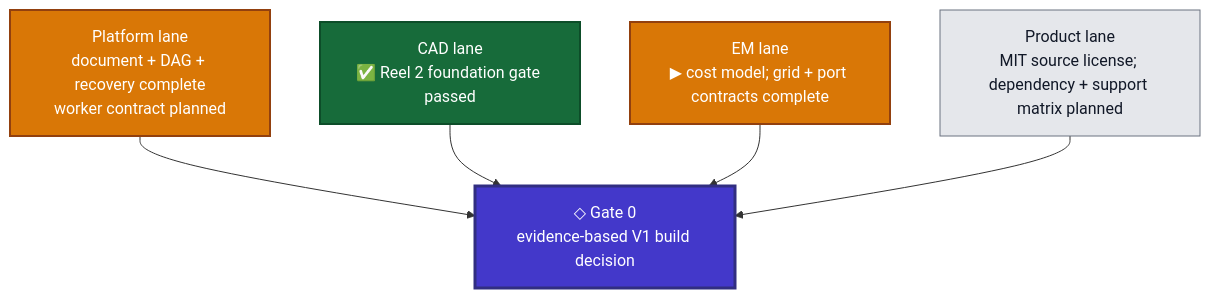
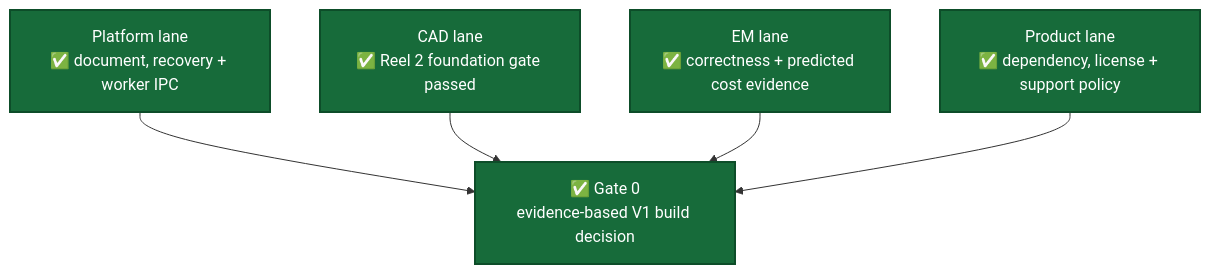
One commit to TJ-Engineer/EMS-Studio changed the fifth of 5 diagrams in docs/DEVELOPMENT_STORYBOARD.md. Above: the diagram before and after it, drawn with Mermaid. The commit also changed other lines of this file and 44 other files, not shown here.

Commit message:
Gate 0 dependency

````diff
--- a/docs/DEVELOPMENT_STORYBOARD.md
+++ b/docs/DEVELOPMENT_STORYBOARD.md
@@ -133,22 +160,16 @@
 ```mermaid
 flowchart TB
-    PLATFORM["Platform lane<br/>document + DAG + recovery complete<br/>worker contract planned"]
+    PLATFORM["Platform lane<br/>✅ document, recovery + worker IPC"]
     CAD["CAD lane<br/>✅ Reel 2 foundation gate passed"]
-    EM["EM lane<br/>▶ cost model; grid + port contracts complete"]
-    PRODUCT["Product lane<br/>MIT source license; dependency + support matrix planned"]
-    GATE["◇ Gate 0<br/>evidence-based V1 build decision"]
+    EM["EM lane<br/>✅ correctness + predicted cost evidence"]
+    PRODUCT["Product lane<br/>✅ dependency, license + support policy"]
+    GATE["✅ Gate 0<br/>evidence-based V1 build decision"]
 
     PLATFORM --> GATE
     CAD --> GATE
     EM --> GATE
     PRODUCT --> GATE
 
-    classDef active fill:#d97706,color:#ffffff,stroke:#92400e,stroke-width:2px;
-    classDef planned fill:#e5e7eb,color:#111827,stroke:#6b7280,stroke-width:1px;
-    classDef gate fill:#4338ca,color:#ffffff,stroke:#312e81,stroke-width:3px;
     classDef done fill:#176b3a,color:#ffffff,stroke:#0d4d29,stroke-width:2px;
-    class PLATFORM,EM active;
-    class CAD done;
-    class PRODUCT planned;
-    class GATE gate;
+    class PLATFORM,CAD,EM,PRODUCT,GATE done;
 ```
````
